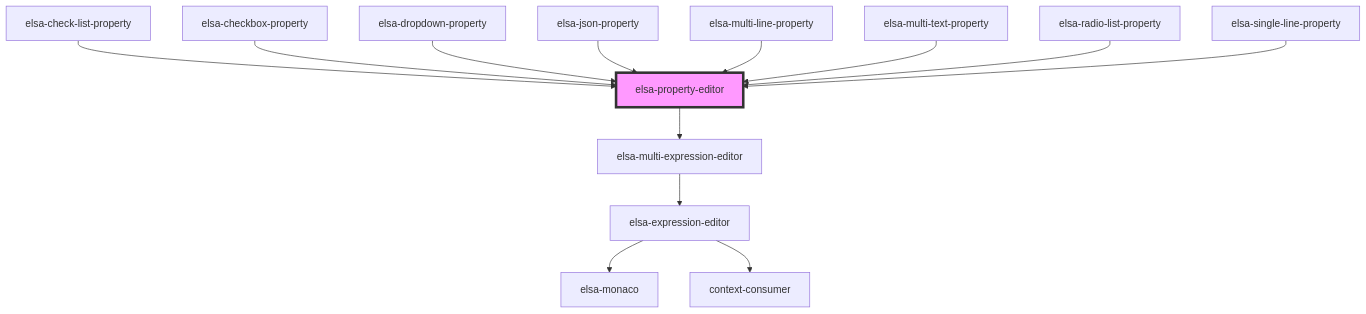
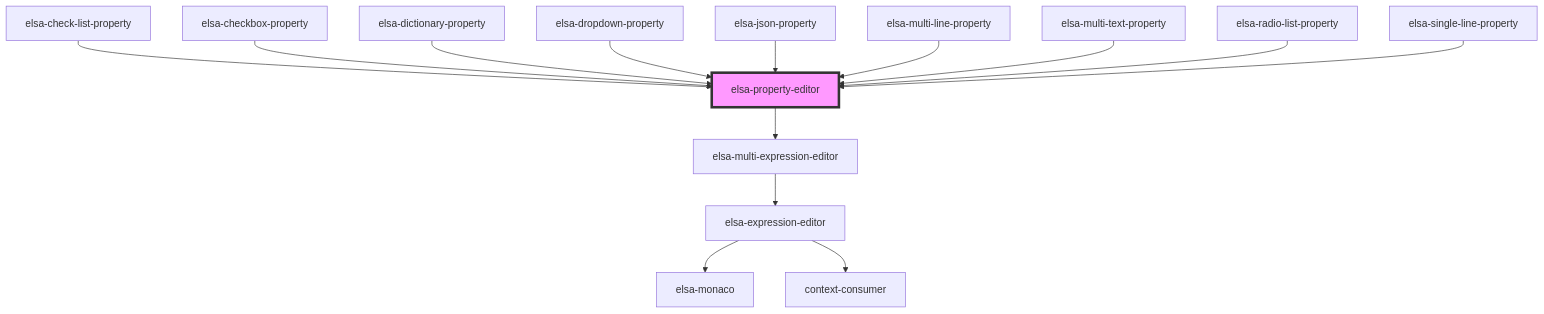
One commit to elsa-workflows/elsa-core changed the diagram in src/designer/elsa-workflows-studio/src/components/editors/elsa-property-editor/readme.md. Above: the diagram before and after it, drawn with Mermaid. The commit also changed other lines of this file and 62 other files, not shown here.

````diff
--- a/src/designer/elsa-workflows-studio/src/components/editors/elsa-property-editor/readme.md
+++ b/src/designer/elsa-workflows-studio/src/components/editors/elsa-property-editor/readme.md
@@ -45,16 +46,17 @@
 ```mermaid
 graph TD;
   elsa-property-editor --> elsa-multi-expression-editor
   elsa-multi-expression-editor --> elsa-expression-editor
   elsa-expression-editor --> elsa-monaco
   elsa-expression-editor --> context-consumer
   elsa-check-list-property --> elsa-property-editor
   elsa-checkbox-property --> elsa-property-editor
+  elsa-dictionary-property --> elsa-property-editor
   elsa-dropdown-property --> elsa-property-editor
   elsa-json-property --> elsa-property-editor
   elsa-multi-line-property --> elsa-property-editor
   elsa-multi-text-property --> elsa-property-editor
   elsa-radio-list-property --> elsa-property-editor
   elsa-single-line-property --> elsa-property-editor
   style elsa-property-editor fill:#f9f,stroke:#333,stroke-width:4px
 ```
````
